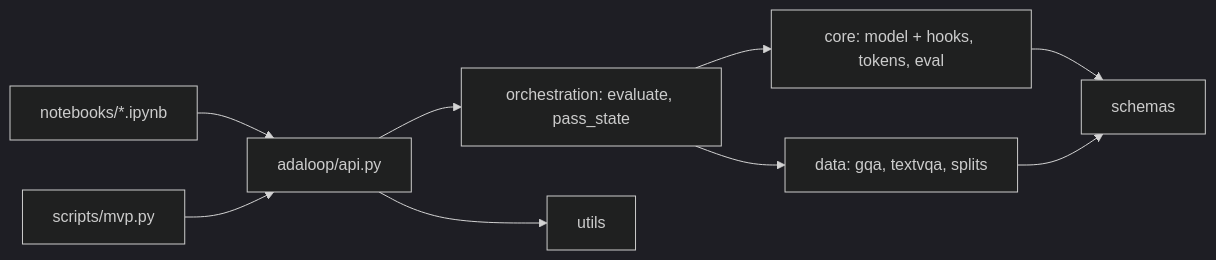
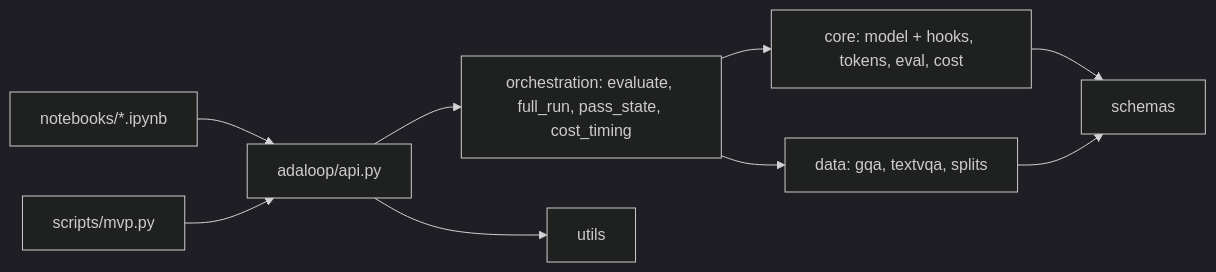
One commit to Vedaang-Chopra/CEREBRUS changed the diagram in docs/ai_context/CODEBASE_MAP.md. Above: the diagram before and after it, drawn with Mermaid (dark theme). The commit also changed other lines of this file and 8 other files, not shown here.

Commit message:
agent: S6 FLOPs cost model and timing cells; split column in the full-run summary

````diff
--- a/docs/ai_context/CODEBASE_MAP.md
+++ b/docs/ai_context/CODEBASE_MAP.md
@@ -27,11 +29,11 @@
 ```mermaid
 graph LR
   NB[notebooks/*.ipynb] --> API[adaloop/api.py]
   CLI[scripts/mvp.py] --> API
-  API --> ORCH[orchestration: evaluate, pass_state]
-  ORCH --> CORE[core: model + hooks, tokens, eval]
+  API --> ORCH[orchestration: evaluate, full_run, pass_state, cost_timing]
+  ORCH --> CORE[core: model + hooks, tokens, eval, cost]
   ORCH --> DATA[data: gqa, textvqa, splits]
   CORE --> SCHEMAS[schemas]
   DATA --> SCHEMAS
   API --> UTILS[utils]
 ```
````
